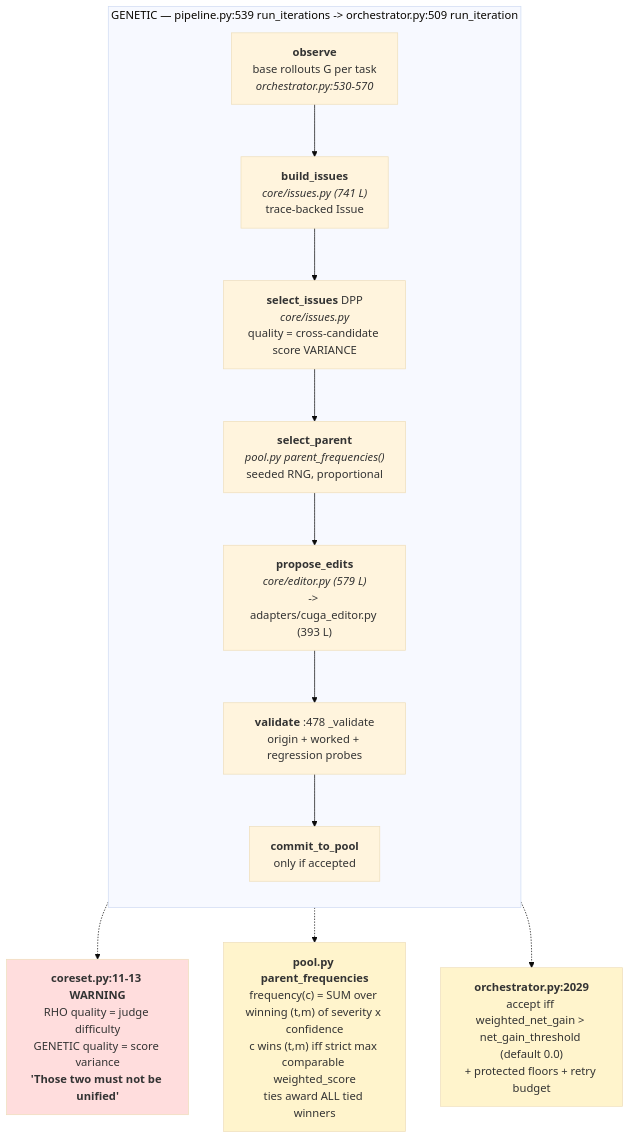
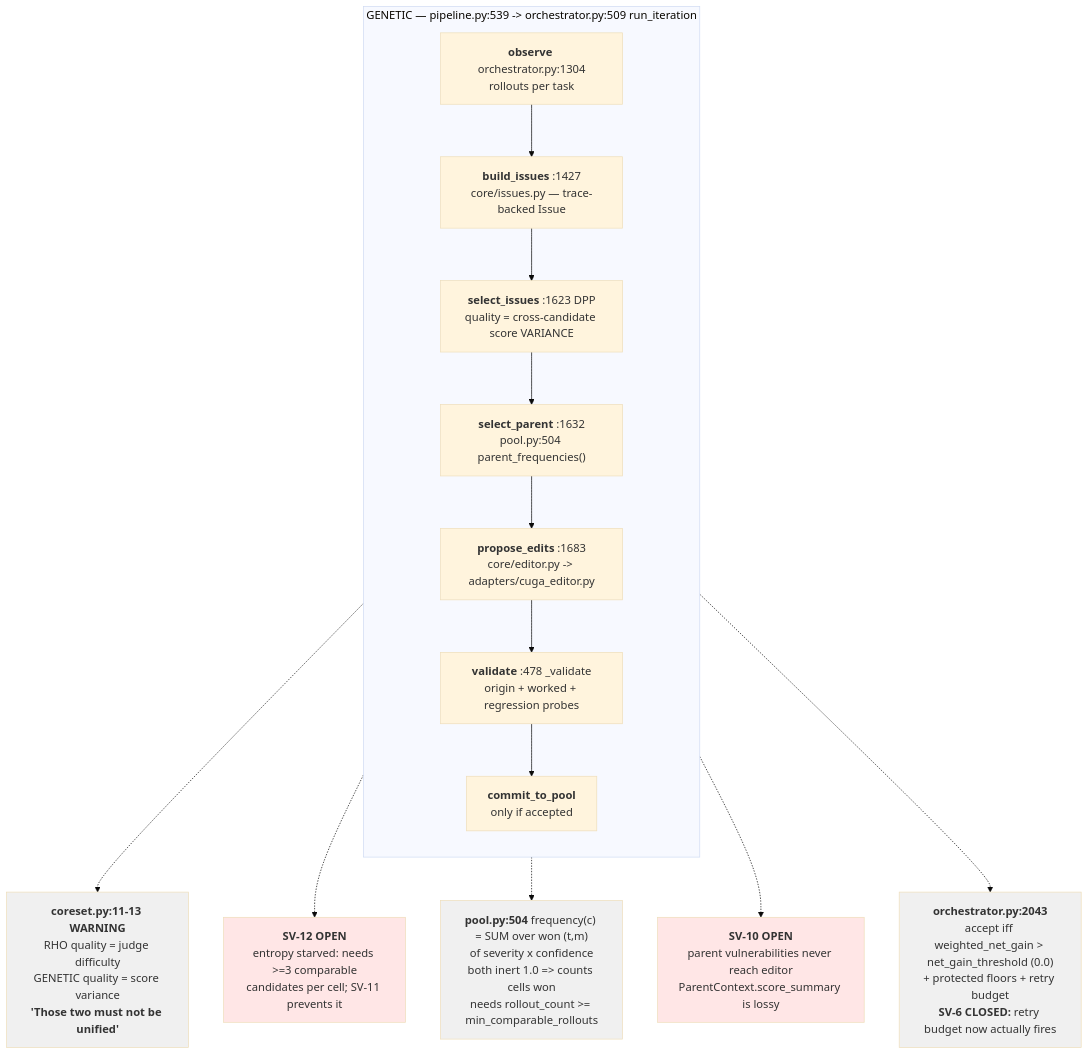
Before and after one commit to one-little-step/AgentEvolve: the third of 10 diagrams in docs/architecture/IMPLEMENTED-PIPELINE-MAP.md, drawn with Mermaid (base theme). The commit also changed other lines of this file and 29 other files, not shown here.

````diff
--- a/docs/architecture/IMPLEMENTED-PIPELINE-MAP.md
+++ b/docs/architecture/IMPLEMENTED-PIPELINE-MAP.md
@@ -122,22 +144,26 @@
 ```mermaid
 flowchart TB
-    subgraph GENETIC["GENETIC — pipeline.py:539 run_iterations -> orchestrator.py:509 run_iteration"]
+    subgraph GENETIC["GENETIC — pipeline.py:539 -> orchestrator.py:509 run_iteration"]
       direction TB
-      G1["<b>observe</b><br/>base rollouts G per task<br/><i>orchestrator.py:530-570</i>"]
-      G2["<b>build_issues</b><br/><i>core/issues.py (741 L)</i><br/>trace-backed Issue"]
-      G3["<b>select_issues</b> DPP<br/><i>core/issues.py</i><br/>quality = cross-candidate score VARIANCE"]
-      G4["<b>select_parent</b><br/><i>pool.py parent_frequencies()</i><br/>seeded RNG, proportional"]
-      G5["<b>propose_edits</b><br/><i>core/editor.py (579 L)</i><br/>-> adapters/cuga_editor.py (393 L)"]
+      G1["<b>observe</b> orchestrator.py:1304<br/>rollouts per task"]
+      G2["<b>build_issues</b> :1427<br/>core/issues.py — trace-backed Issue"]
+      G3["<b>select_issues</b> :1623 DPP<br/>quality = cross-candidate score VARIANCE"]
+      G4["<b>select_parent</b> :1632<br/>pool.py:504 parent_frequencies()"]
+      G5["<b>propose_edits</b> :1683<br/>core/editor.py -> adapters/cuga_editor.py"]
       G6["<b>validate</b> :478 _validate<br/>origin + worked + regression probes"]
       G7["<b>commit_to_pool</b><br/>only if accepted"]
       G1-->G2-->G3-->G4-->G5-->G6-->G7
     end
 
     G3 -.-> FG3["<b>coreset.py:11-13 WARNING</b><br/>RHO quality = judge difficulty<br/>GENETIC quality = score variance<br/><b>'Those two must not be unified'</b>"]
-    G4 -.-> FG4["<b>pool.py parent_frequencies</b><br/>frequency(c) = SUM over winning (t,m) of severity x confidence<br/>c wins (t,m) iff strict max comparable weighted_score<br/>ties award ALL tied winners"]
-    G6 -.-> FG6["<b>orchestrator.py:2029</b><br/>accept iff weighted_net_gain > net_gain_threshold (default 0.0)<br/>+ protected floors + retry budget"]
+    G3 -.-> SV12["<b>SV-12 OPEN</b><br/>entropy starved: needs >=3 comparable<br/>candidates per cell; SV-11 prevents it"]
+    G4 -.-> FG4["<b>pool.py:504</b> frequency(c) = SUM over won (t,m)<br/>of severity x confidence<br/>both inert 1.0 => counts cells won<br/>needs rollout_count >= min_comparable_rollouts"]
+    G5 -.-> SV10["<b>SV-10 OPEN</b><br/>parent vulnerabilities never reach editor<br/>ParentContext.score_summary is lossy"]
+    G6 -.-> FG6["<b>orchestrator.py:2043</b><br/>accept iff weighted_net_gain > net_gain_threshold (0.0)<br/>+ protected floors + retry budget<br/><b>SV-6 CLOSED:</b> retry budget now actually fires"]
 
-    style FG3 fill:#ffdddd
-    style FG4 fill:#fff4cc
-    style FG6 fill:#fff4cc
+    style FG3 fill:#f0f0f0
+    style FG4 fill:#f0f0f0
+    style FG6 fill:#f0f0f0
+    style SV10 fill:#ffe6e6
+    style SV12 fill:#ffe6e6
 ```
````
